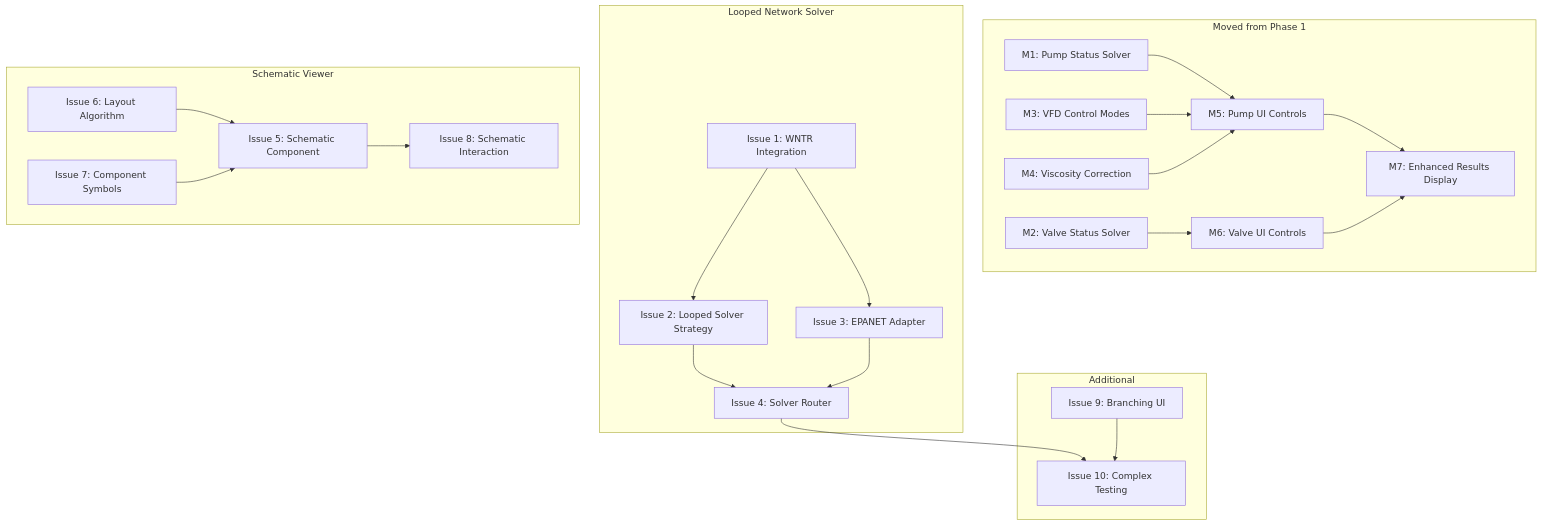
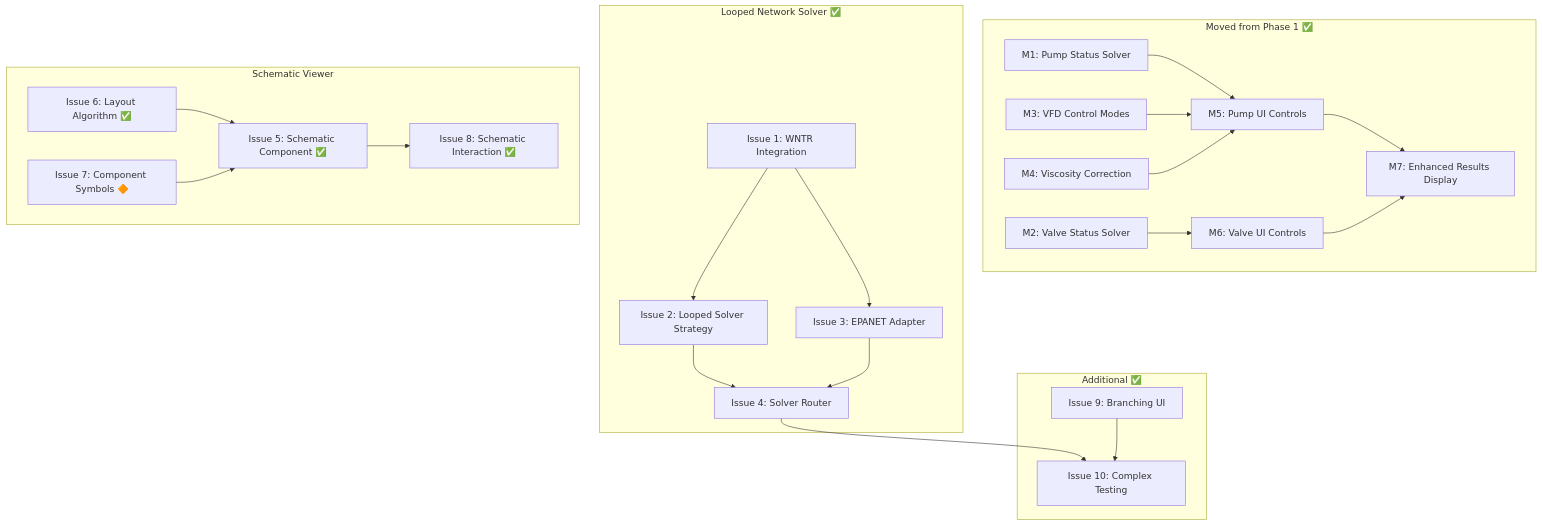
Before and after one commit to ccirone2/opensolve-pipe: the diagram in docs/PHASE_2_ISSUES.md, drawn with Mermaid. The commit also changed other lines of this file and 14 other files, not shown here.

First line of the commit message:
feat(schematic): add dedicated P&ID symbols for all component types (#134)

````diff
--- a/docs/PHASE_2_ISSUES.md
+++ b/docs/PHASE_2_ISSUES.md
@@ -522,50 +227,50 @@
 ```mermaid
 graph TD
-    subgraph "Moved from Phase 1"
+    subgraph "Moved from Phase 1 ✅"
         M1[M1: Pump Status Solver]
         M2[M2: Valve Status Solver]
         M3[M3: VFD Control Modes]
         M4[M4: Viscosity Correction]
         M5[M5: Pump UI Controls]
         M6[M6: Valve UI Controls]
         M7[M7: Enhanced Results Display]
     end
 
-    subgraph "Looped Network Solver"
+    subgraph "Looped Network Solver ✅"
         I1[Issue 1: WNTR Integration]
         I2[Issue 2: Looped Solver Strategy]
         I3[Issue 3: EPANET Adapter]
         I4[Issue 4: Solver Router]
     end
 
     subgraph "Schematic Viewer"
-        I5[Issue 5: Schematic Component]
-        I6[Issue 6: Layout Algorithm]
-        I7[Issue 7: Component Symbols]
-        I8[Issue 8: Schematic Interaction]
+        I5[Issue 5: Schematic Component ✅]
+        I6[Issue 6: Layout Algorithm ✅]
+        I7[Issue 7: Component Symbols 🔶]
+        I8[Issue 8: Schematic Interaction ✅]
     end
 
-    subgraph "Additional"
+    subgraph "Additional ✅"
         I9[Issue 9: Branching UI]
         I10[Issue 10: Complex Testing]
     end
 
     M1 --> M5
     M2 --> M6
     M3 --> M5
     M4 --> M5
     M5 --> M7
     M6 --> M7
 
     I1 --> I2
     I1 --> I3
     I2 --> I4
     I3 --> I4
     I4 --> I10
 
     I5 --> I8
     I6 --> I5
     I7 --> I5
 
     I9 --> I10
 ```
````
